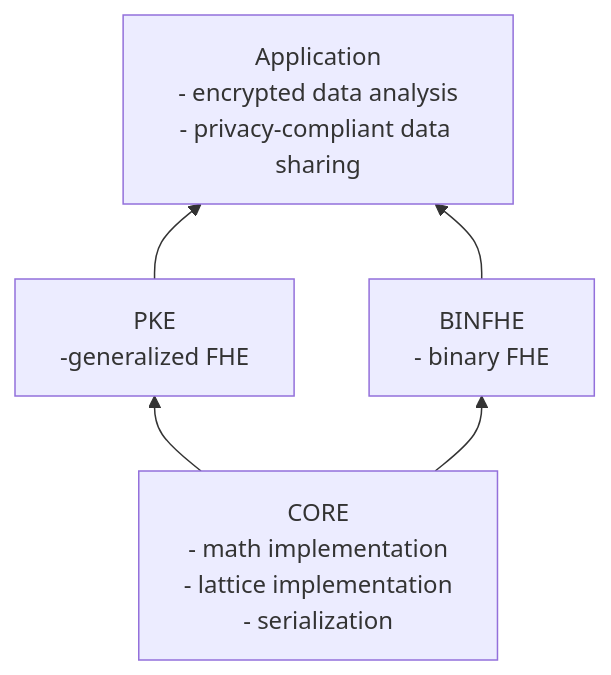
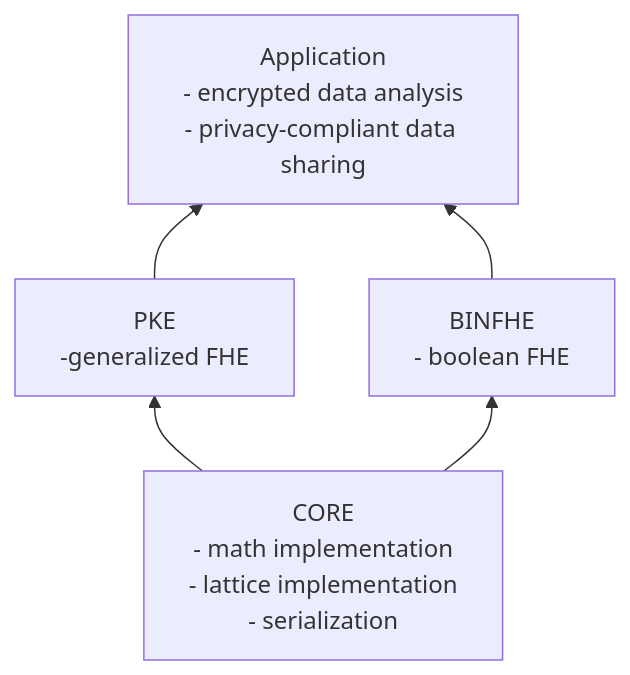
The diagram in docs/assets/sphinx_rsts/modules/modules.rst (openfheorg/openfhe-development), drawn with Mermaid before and after one commit. The commit also changed other lines of this file and 13 other files, not shown here.

```diff
--- a/docs/assets/sphinx_rsts/modules/modules.rst
+++ b/docs/assets/sphinx_rsts/modules/modules.rst
@@ -7,7 +7,7 @@
 .. mermaid::
 
   graph BT
       A[CORE<br/>- math implementation<br/>- lattice implementation<br/>- serialization] --> B[PKE<br/> -generalized FHE];
-      A --> C[BINFHE<br/>- binary FHE];
+      A --> C[BINFHE<br/>- boolean FHE];
       B --> D[Application<br/>- encrypted data analysis<br/>- privacy-compliant data sharing];
       C --> D;
```
